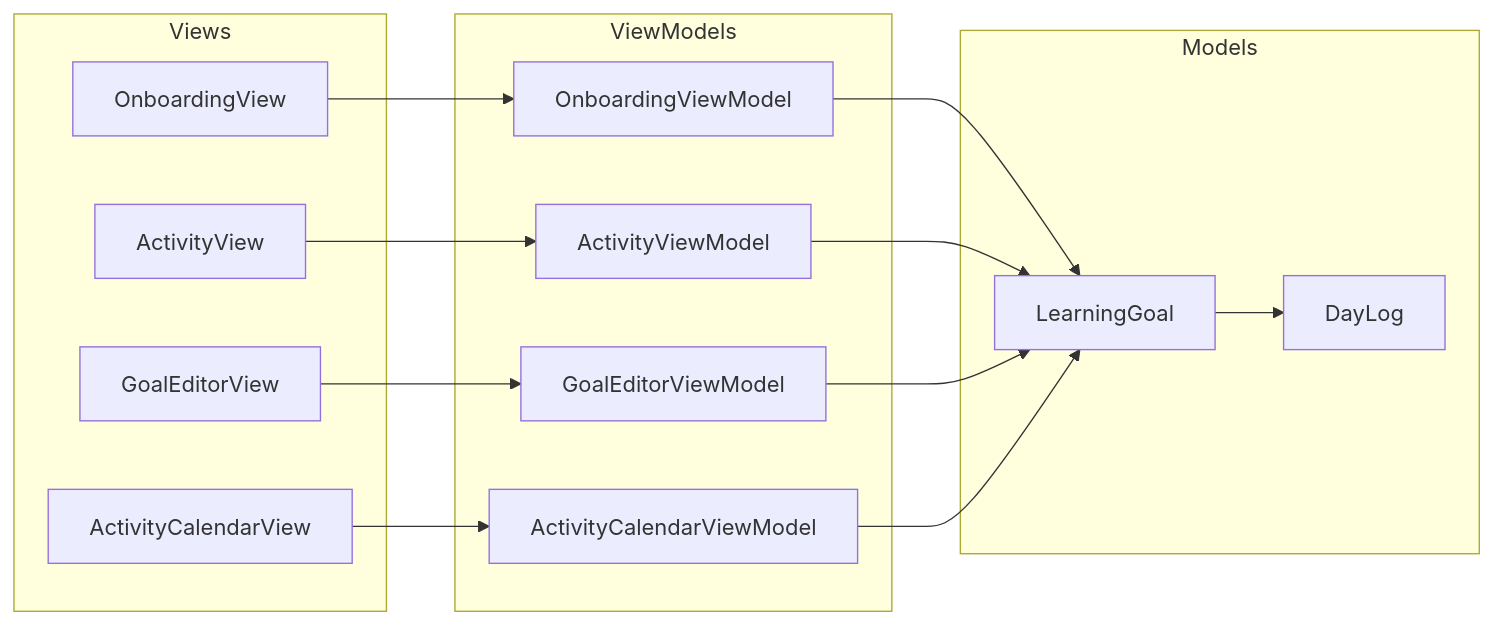
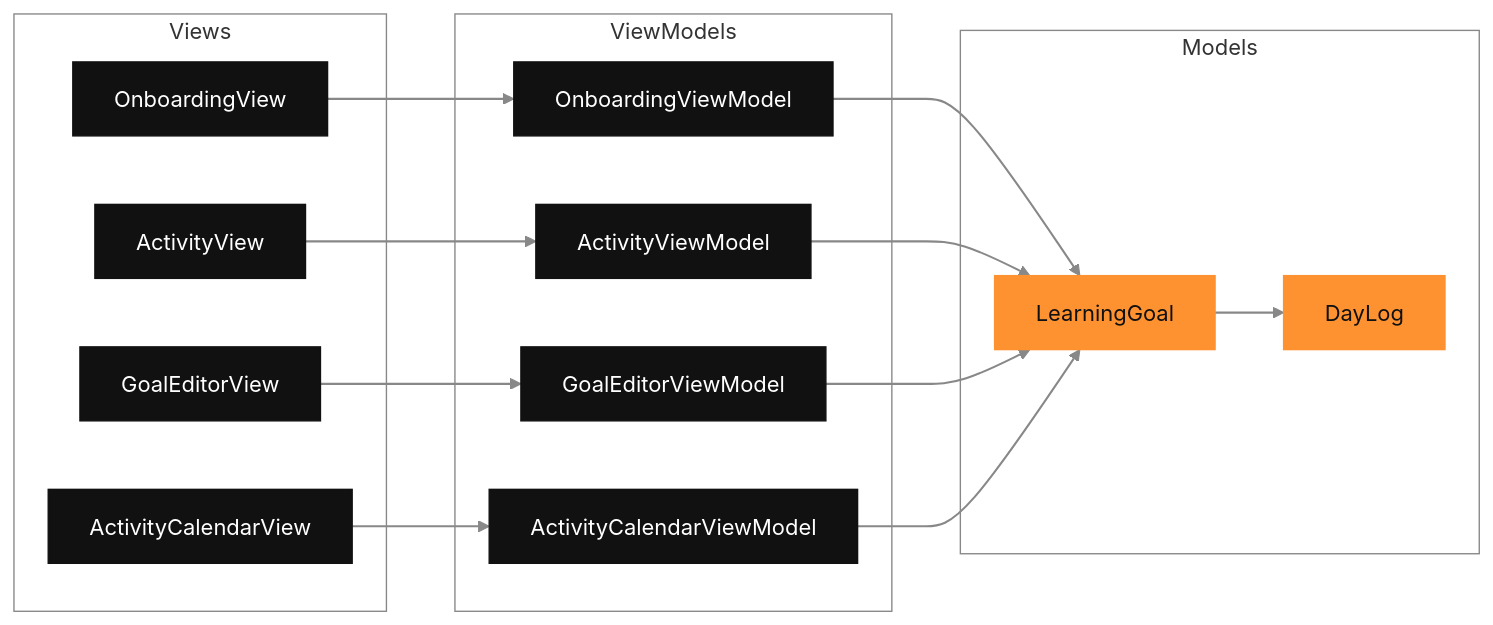
The diagram in README.md (lamya2001/LearningJourney), drawn with Mermaid before and after one commit. The commit also changed other lines of this file, not shown here.

````diff
--- a/README.md
+++ b/README.md
@@ -63,30 +48,40 @@
 ```mermaid
 flowchart LR
     subgraph Views
         OnboardingView
         ActivityView
         GoalEditorView
         ActivityCalendarView
     end
     subgraph ViewModels
         OnboardingViewModel
         ActivityViewModel
         GoalEditorViewModel
         ActivityCalendarViewModel
     end
     subgraph Models
         LearningGoal
         DayLog
     end
 
     OnboardingView --> OnboardingViewModel
     ActivityView --> ActivityViewModel
     GoalEditorView --> GoalEditorViewModel
     ActivityCalendarView --> ActivityCalendarViewModel
 
     OnboardingViewModel --> LearningGoal
     ActivityViewModel --> LearningGoal
     GoalEditorViewModel --> LearningGoal
     ActivityCalendarViewModel --> LearningGoal
     LearningGoal --> DayLog
+
+    classDef dark fill:#111111,stroke:#111111,color:#ffffff
+    classDef accent fill:#FF9230,stroke:#FF9230,color:#111111
+    class OnboardingView,ActivityView,GoalEditorView,ActivityCalendarView dark
+    class OnboardingViewModel,ActivityViewModel,GoalEditorViewModel,ActivityCalendarViewModel dark
+    class LearningGoal,DayLog accent
+    style Views fill:none,stroke:#888888
+    style ViewModels fill:none,stroke:#888888
+    style Models fill:none,stroke:#888888
+    linkStyle default stroke:#888888,stroke-width:1.5px
 ```
````
